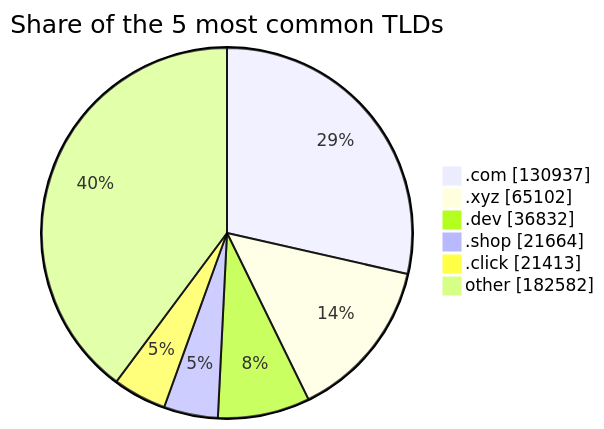
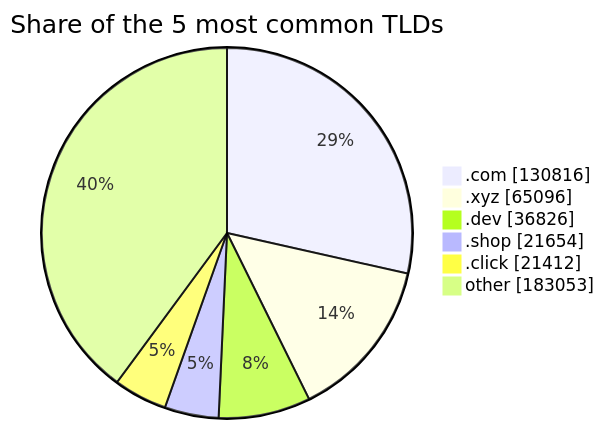
Before and after one commit to DNSBunker/CTI: the third of 3 diagrams in README.md, drawn with Mermaid. The commit also changed other lines of this file and 3 other files, not shown here.

````diff
--- a/README.md
+++ b/README.md
@@ -81,9 +81,9 @@
 ```mermaid
 pie showData title Share of the 5 most common TLDs
-    ".com" : 130937
-    ".xyz" : 65102
-    ".dev" : 36832
-    ".shop" : 21664
-    ".click" : 21413
-    "other" : 182582
+    ".com" : 130816
+    ".xyz" : 65096
+    ".dev" : 36826
+    ".shop" : 21654
+    ".click" : 21412
+    "other" : 183053
 ```
````
